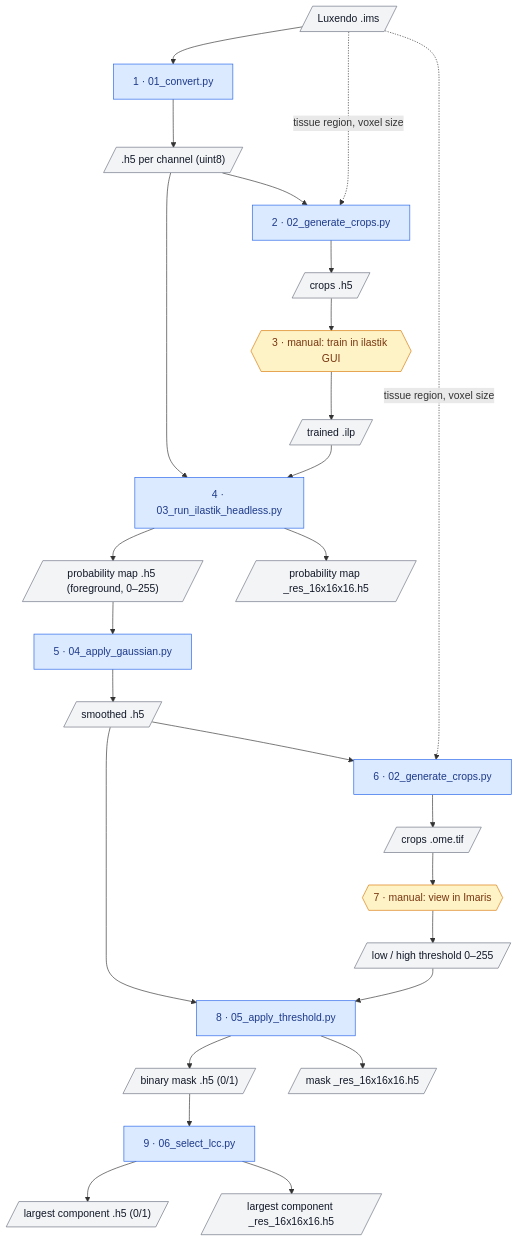
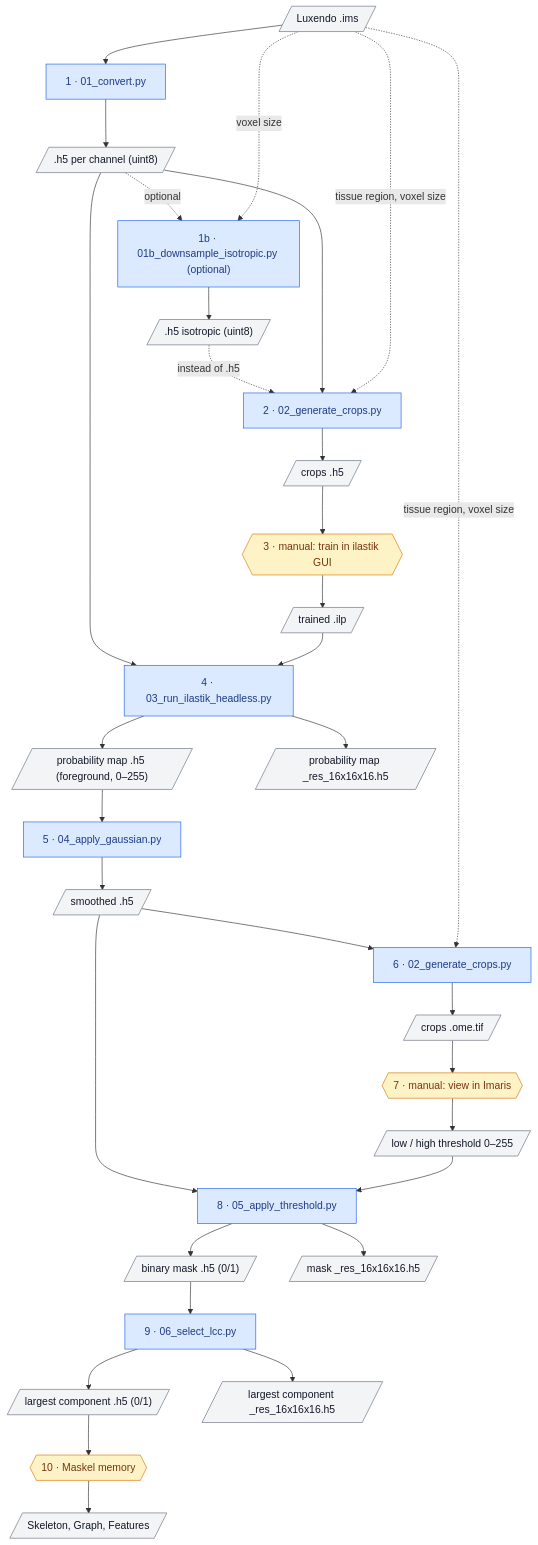
One commit to domipysch/Ali_Dominik_Skeleton_Pipeline changed the diagram in README.md. Above: the diagram before and after it, drawn with Mermaid. The commit also changed other lines of this file and 5 other files, not shown here.

Commit message:
add downsample script

````diff
--- a/README.md
+++ b/README.md
@@ -20,61 +21,71 @@
 ```mermaid
 flowchart TD
     ims[/"Luxendo .ims"/]
 
     s1["1 · 01_convert.py"]
     h5[/".h5 per channel (uint8)"/]
+
+    s1b["1b · 01b_downsample_isotropic.py (optional)"]
+    h5iso[/".h5 isotropic (uint8)"/]
 
     s2["2 · 02_generate_crops.py"]
     crops_train[/"crops .h5"/]
 
     s3{{"3 · manual: train in ilastik GUI"}}
     ilp[/"trained .ilp"/]
 
     s4["4 · 03_run_ilastik_headless.py"]
     prob[/"probability map .h5 (foreground, 0–255)"/]
     prob_low[/"probability map _res_16x16x16.h5"/]
 
     s5["5 · 04_apply_gaussian.py"]
     smooth[/"smoothed .h5"/]
 
     s6["6 · 02_generate_crops.py"]
     crops_view[/"crops .ome.tif"/]
 
     s7{{"7 · manual: view in Imaris"}}
     thr[/"low / high threshold 0–255"/]
 
     s8["8 · 05_apply_threshold.py"]
     mask[/"binary mask .h5 (0/1)"/]
     mask_low[/"mask _res_16x16x16.h5"/]
 
     s9["9 · 06_select_lcc.py"]
     lcc[/"largest component .h5 (0/1)"/]
     lcc_low[/"largest component _res_16x16x16.h5"/]
 
+    s10{{"10 · Maskel memory"}}
+    skel[/"Skeleton, Graph, Features"/]
+
     ims --> s1 --> h5
+    h5 -. optional .-> s1b --> h5iso
+    ims -. voxel size .-> s1b
+    h5iso -.->|"instead of .h5"| s2
     h5 --> s2
     ims -. tissue region, voxel size .-> s2
     s2 --> crops_train --> s3 --> ilp
     h5 --> s4
     ilp --> s4
     s4 --> prob
     s4 --> prob_low
     prob --> s5 --> smooth
     smooth --> s6
     ims -. tissue region, voxel size .-> s6
     s6 --> crops_view --> s7 --> thr
     smooth --> s8
     thr --> s8
     s8 --> mask
     s8 --> mask_low
     mask --> s9
     s9 --> lcc
     s9 --> lcc_low
+    lcc --> s10 --> skel
 
     classDef script fill:#dbeafe,stroke:#2563eb,color:#1e3a8a
     classDef manual fill:#fef3c7,stroke:#d97706,color:#78350f
     classDef data fill:#f3f4f6,stroke:#6b7280,color:#111827
-    class s1,s2,s4,s5,s6,s8,s9 script
-    class s3,s7 manual
-    class ims,h5,crops_train,ilp,prob,prob_low,smooth,crops_view,thr,mask,mask_low,lcc,lcc_low data
+    class s1,s1b,s2,s4,s5,s6,s8,s9 script
+    class s3,s7,s10 manual
+    class ims,h5,h5iso,crops_train,ilp,prob,prob_low,smooth,crops_view,thr,mask,mask_low,lcc,lcc_low,skel data
 ```
````
